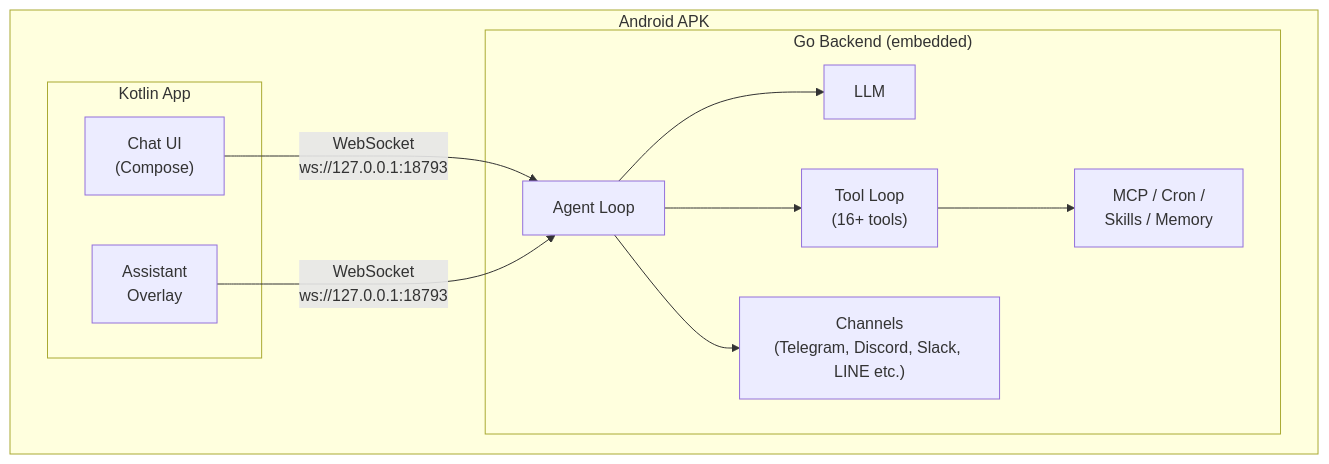
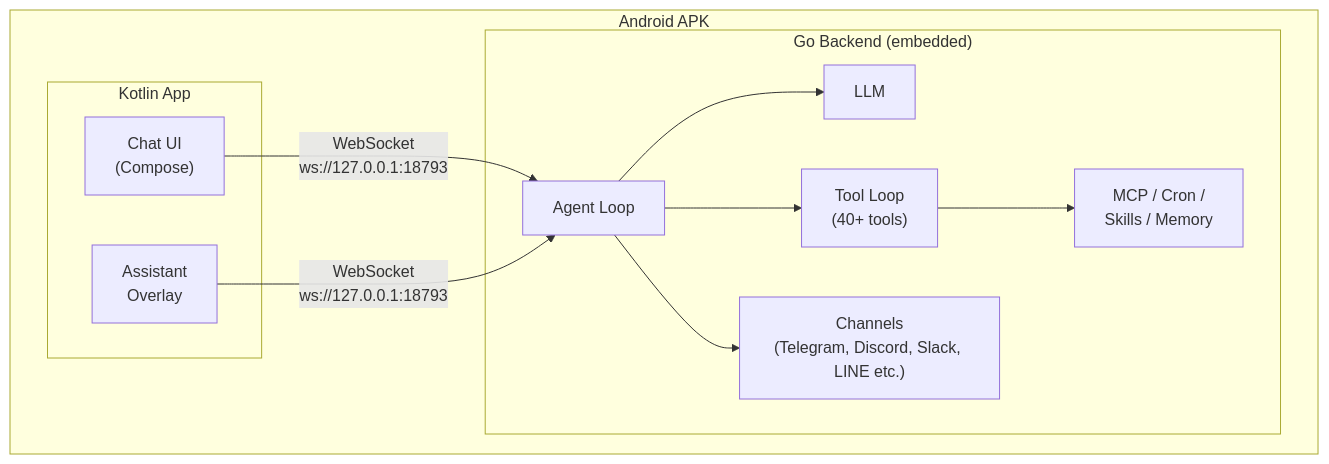
One commit to KoheiYamashita/picoclaw changed the diagram in README.md. Above: the diagram before and after it, drawn with Mermaid. The commit also changed other lines of this file and 2 other files, not shown here.

````diff
--- a/README.md
+++ b/README.md
@@ -15,24 +15,24 @@
 ```mermaid
 graph TB
     subgraph apk["Android APK"]
         subgraph android["Kotlin App"]
             ChatUI["Chat UI<br/>(Compose)"]
             Overlay["Assistant<br/>Overlay"]
         end
 
         subgraph backend["Go Backend (embedded)"]
             Agent["Agent Loop"]
-            Tools["Tool Loop<br/>(16+ tools)"]
+            Tools["Tool Loop<br/>(40+ tools)"]
             LLM["LLM"]
             Services["MCP / Cron /<br/>Skills / Memory"]
             Channels["Channels<br/>(Telegram, Discord, Slack, LINE etc.)"]
         end
     end
 
     ChatUI -- "WebSocket<br/>ws://127.0.0.1:18793" --> Agent
     Overlay -- "WebSocket<br/>ws://127.0.0.1:18793" --> Agent
     Agent --> LLM
     Agent --> Tools
     Tools --> Services
     Agent --> Channels
 ```
````
